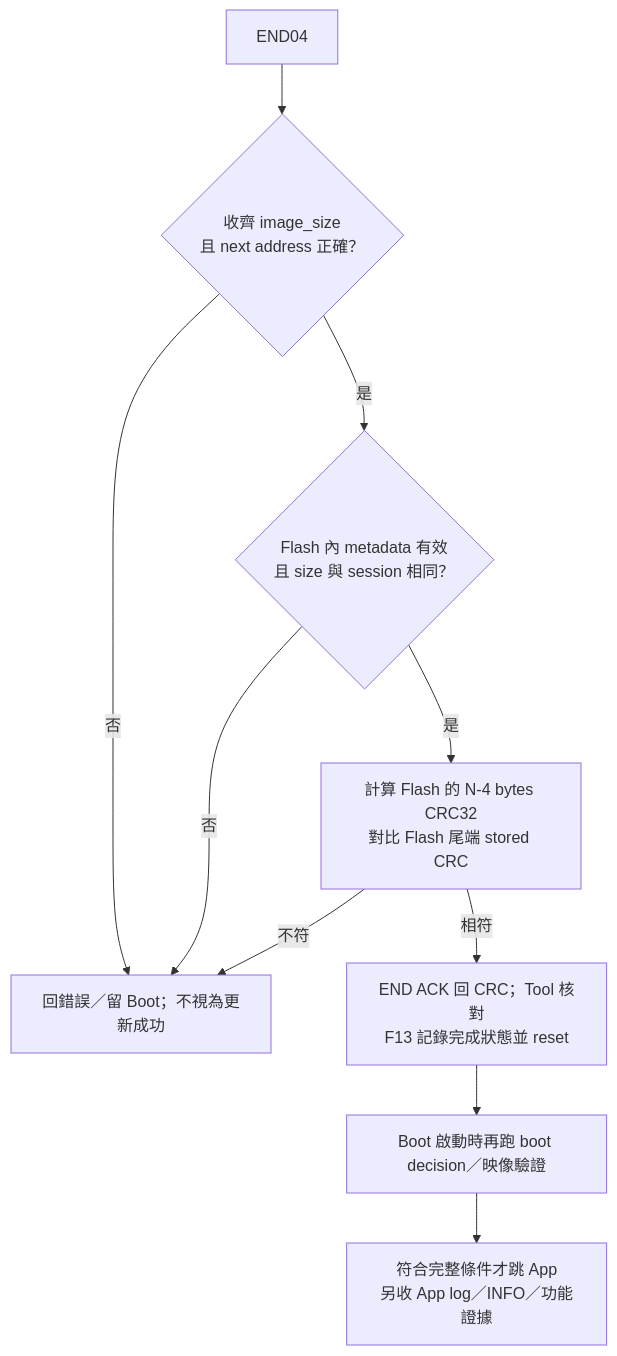
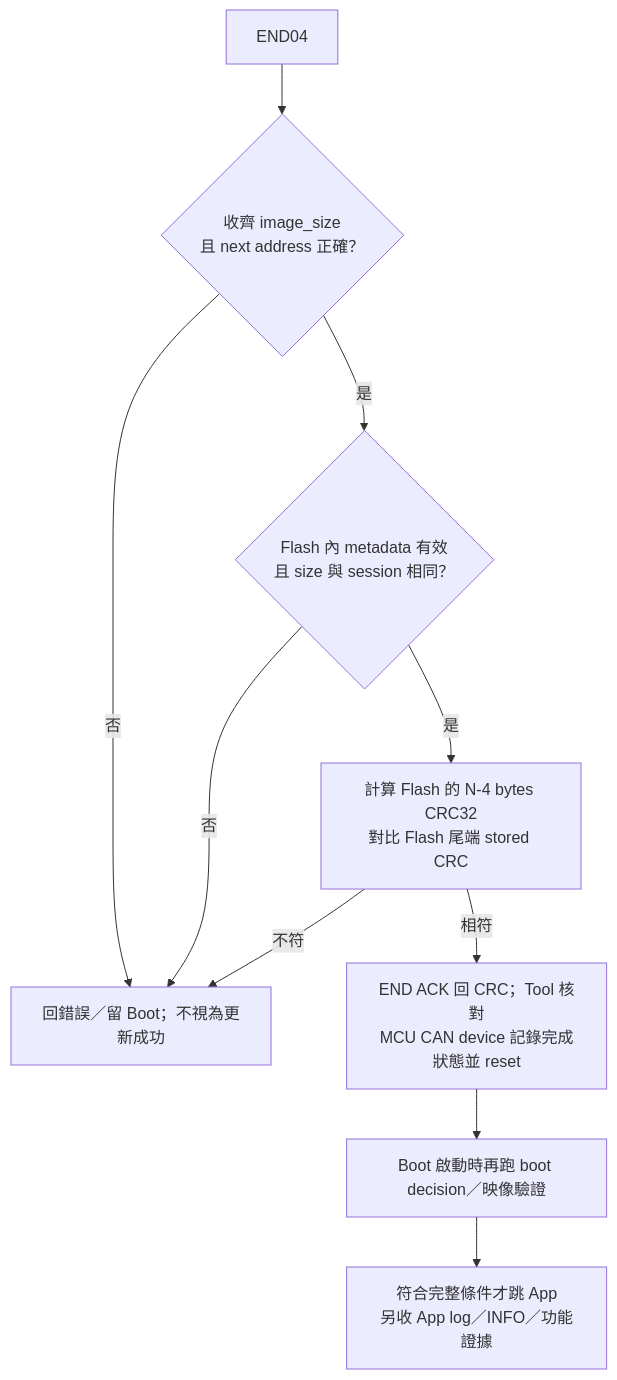
Before and after one commit to released/slide_isp_tool_for_RL78: the tenth of 14 diagrams in index.md, drawn with Mermaid. The commit also changed other lines of this file and 2 other files, not shown here.

````diff
--- a/index.md
+++ b/index.md
@@ -869,12 +462,12 @@
 ```mermaid
 flowchart TD
     E["END04"] --> N{"收齊 image_size<br/>且 next address 正確？"}
     N -->|否| X["回錯誤／留 Boot；不視為更新成功"]
     N -->|是| M{"Flash 內 metadata 有效<br/>且 size 與 session 相同？"}
     M -->|否| X
     M -->|是| C["計算 Flash 的 N-4 bytes CRC32<br/>對比 Flash 尾端 stored CRC"]
     C -->|不符| X
-    C -->|相符| A["END ACK 回 CRC；Tool 核對<br/>F13 記錄完成狀態並 reset"]
+    C -->|相符| A["END ACK 回 CRC；Tool 核對<br/>MCU CAN device 記錄完成狀態並 reset"]
     A --> B["Boot 啟動時再跑 boot decision／映像驗證"]
     B --> V["符合完整條件才跳 App<br/>另收 App log／INFO／功能證據"]
 ```
````
